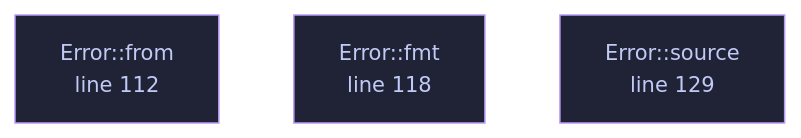
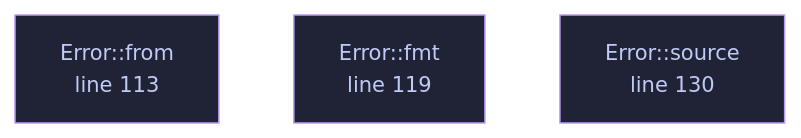
The diagram in docs/files/veilvoice-video/lib.md (tilas01/veilvoice), drawn with Mermaid before and after one commit. The commit also changed other lines of this file and 550 other files, not shown here.

````diff
--- a/docs/files/veilvoice-video/lib.md
+++ b/docs/files/veilvoice-video/lib.md
@@ -100,12 +100,12 @@
 ```mermaid
 %%{init: {"theme":"base","themeVariables":{"background":"#1a1b26","primaryColor":"#1f2335","primaryTextColor":"#c0caf5","primaryBorderColor":"#7aa2f7","secondaryColor":"#16161e","tertiaryColor":"#16161e","lineColor":"#737aa2","textColor":"#c0caf5","mainBkg":"#1f2335","nodeBorder":"#7aa2f7","clusterBkg":"#16161e","clusterBorder":"#2f3549","fontFamily":"ui-monospace, SFMono-Regular, Consolas, monospace","fontSize":"14px"}}}%%
 flowchart TD
-    n_from["Error::from<br/>line 112"]
-    n_fmt["Error::fmt<br/>line 118"]
-    n_source["Error::source<br/>line 129"]
-    click n_from href "https://github.com/tilas01/veilvoice/blob/main/crates/veilvoice-video/src/lib.rs#L112" "open the source"
-    click n_fmt href "https://github.com/tilas01/veilvoice/blob/main/crates/veilvoice-video/src/lib.rs#L118" "open the source"
-    click n_source href "https://github.com/tilas01/veilvoice/blob/main/crates/veilvoice-video/src/lib.rs#L129" "open the source"
+    n_from["Error::from<br/>line 113"]
+    n_fmt["Error::fmt<br/>line 119"]
+    n_source["Error::source<br/>line 130"]
+    click n_from href "https://github.com/tilas01/veilvoice/blob/main/crates/veilvoice-video/src/lib.rs#L113" "open the source"
+    click n_fmt href "https://github.com/tilas01/veilvoice/blob/main/crates/veilvoice-video/src/lib.rs#L119" "open the source"
+    click n_source href "https://github.com/tilas01/veilvoice/blob/main/crates/veilvoice-video/src/lib.rs#L130" "open the source"
     classDef helper fill:#1f2335,stroke:#bb9af7,color:#c0caf5
     class n_from,n_fmt,n_source helper
 ```
````
